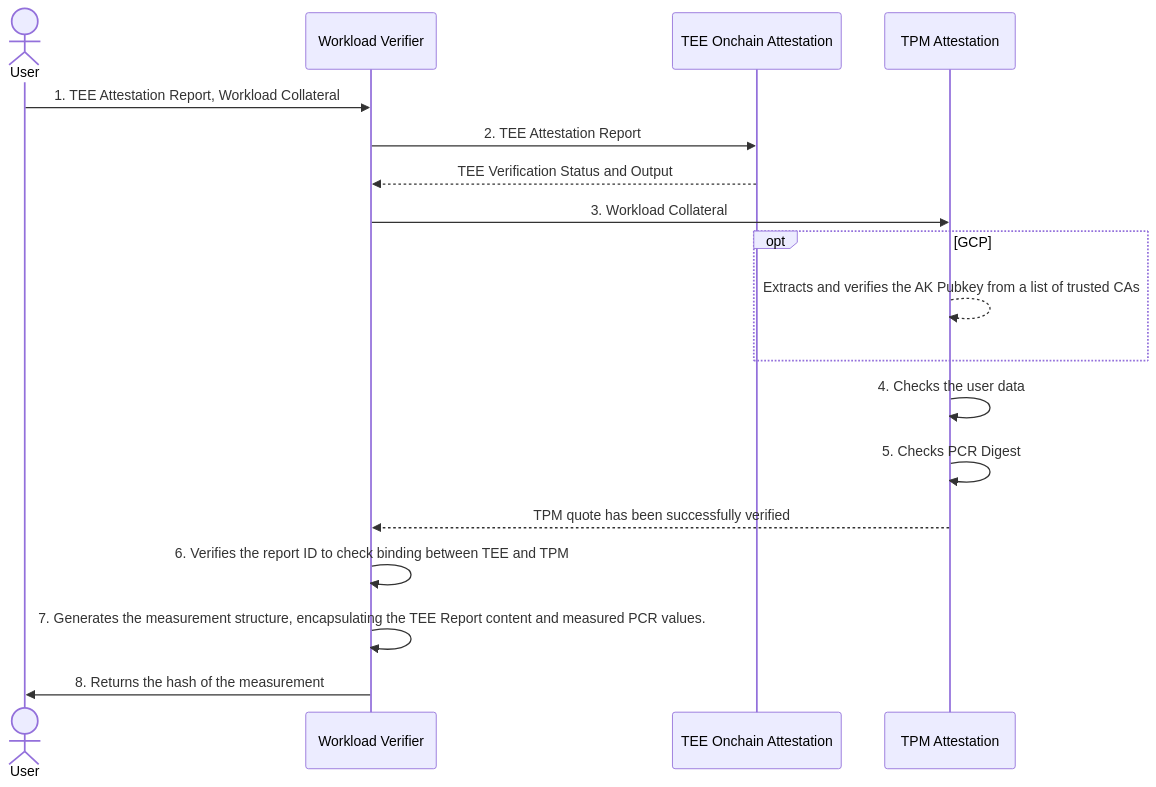
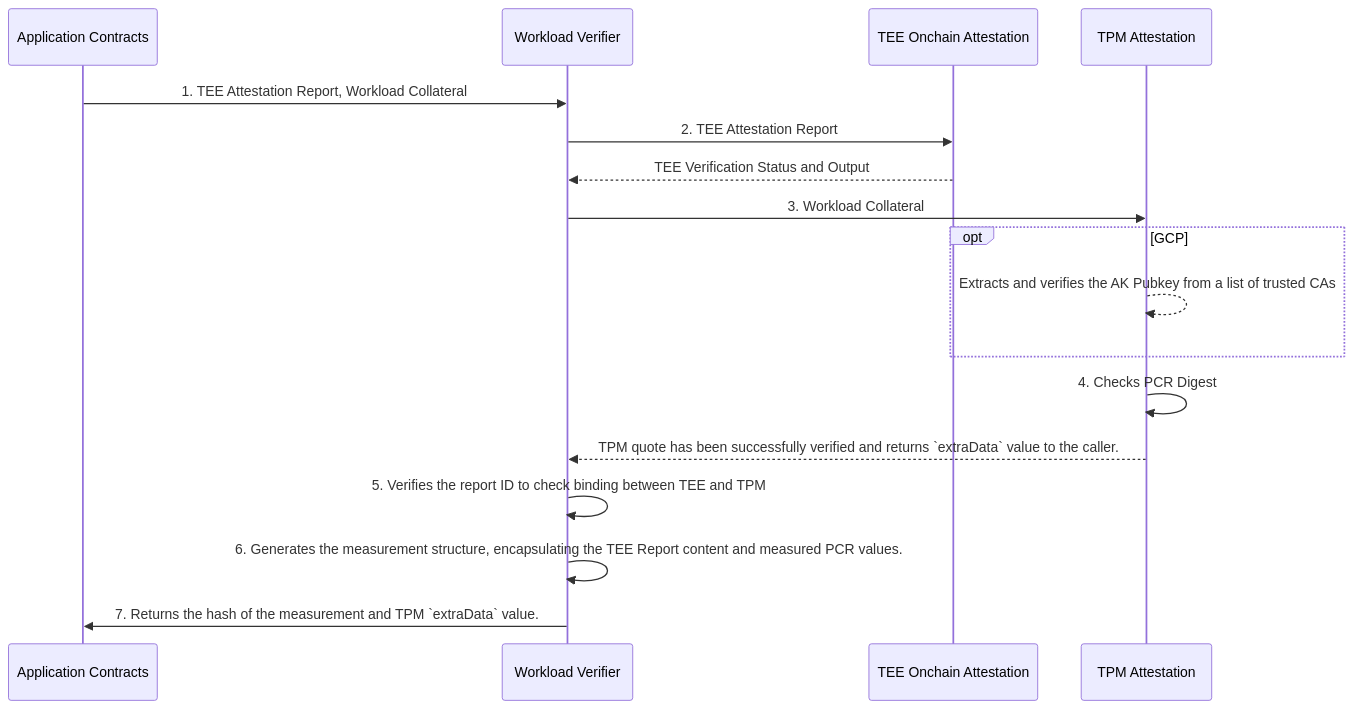
The diagram in README.md (automata-network/automata-tee-workload-measurement), drawn with Mermaid before and after one commit. The commit also changed other lines of this file and 1 other file, not shown here.

````diff
--- a/README.md
+++ b/README.md
@@ -13,22 +13,21 @@
 ```mermaid
 sequenceDiagram
-    actor U as User
+    participant A as Application Contracts
     participant W as Workload Verifier
     participant TEE as TEE Onchain Attestation
     participant TPM as TPM Attestation
 
-    U->>W: 1. TEE Attestation Report, Workload Collateral
+    A->>W: 1. TEE Attestation Report, Workload Collateral
     W->>TEE: 2. TEE Attestation Report
     TEE-->>W: TEE Verification Status and Output
     W->>TPM: 3. Workload Collateral
     opt GCP
         TPM-->>TPM: Extracts and verifies the AK Pubkey from a list of trusted CAs
     end
-    TPM->>TPM: 4. Checks the user data
-    TPM->>TPM: 5. Checks PCR Digest
-    TPM-->>W: TPM quote has been successfully verified
-    W->>W: 6. Verifies the report ID to check binding between TEE and TPM
-    W->>W: 7. Generates the measurement structure, encapsulating the TEE Report content and measured PCR values.
-    W->>U: 8. Returns the hash of the measurement
+    TPM->>TPM: 4. Checks PCR Digest
+    TPM-->>W: TPM quote has been successfully verified and returns `extraData` value to the caller.
+    W->>W: 5. Verifies the report ID to check binding between TEE and TPM
+    W->>W: 6. Generates the measurement structure, encapsulating the TEE Report content and measured PCR values.
+    W->>A: 7. Returns the hash of the measurement and TPM `extraData` value.
 
 ```
````
